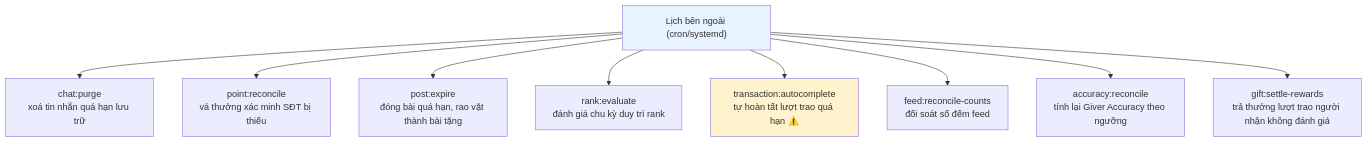
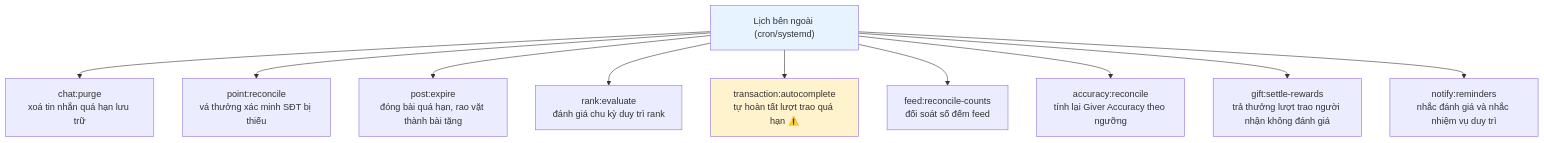
The first of 4 diagrams in docs/diagram/17-jobs.md (fdshn/trueheart), drawn with Mermaid before and after one commit. The commit also changed other lines of this file and 24 other files, not shown here.

````diff
--- a/docs/diagram/17-jobs.md
+++ b/docs/diagram/17-jobs.md
@@ -7,14 +7,15 @@
 ```mermaid
 flowchart TD
     C["Lịch bên ngoài (cron/systemd)"] --> A["chat:purge<br/>xoá tin nhắn quá hạn lưu trữ"]
     C --> B["point:reconcile<br/>vá thưởng xác minh SĐT bị thiếu"]
     C --> D["post:expire<br/>đóng bài quá hạn, rao vặt thành bài tặng"]
     C --> E["rank:evaluate<br/>đánh giá chu kỳ duy trì rank"]
     C --> F["transaction:autocomplete<br/>tự hoàn tất lượt trao quá hạn ⚠️"]
     C --> G["feed:reconcile-counts<br/>đối soát số đếm feed"]
     C --> H["accuracy:reconcile<br/>tính lại Giver Accuracy theo ngưỡng"]
     C --> I["gift:settle-rewards<br/>trả thưởng lượt trao người nhận không đánh giá"]
+    C --> J["notify:reminders<br/>nhắc đánh giá và nhắc nhiệm vụ duy trì"]
 
     style C fill:#e7f3ff
     style F fill:#fff3cd
 ```
````
